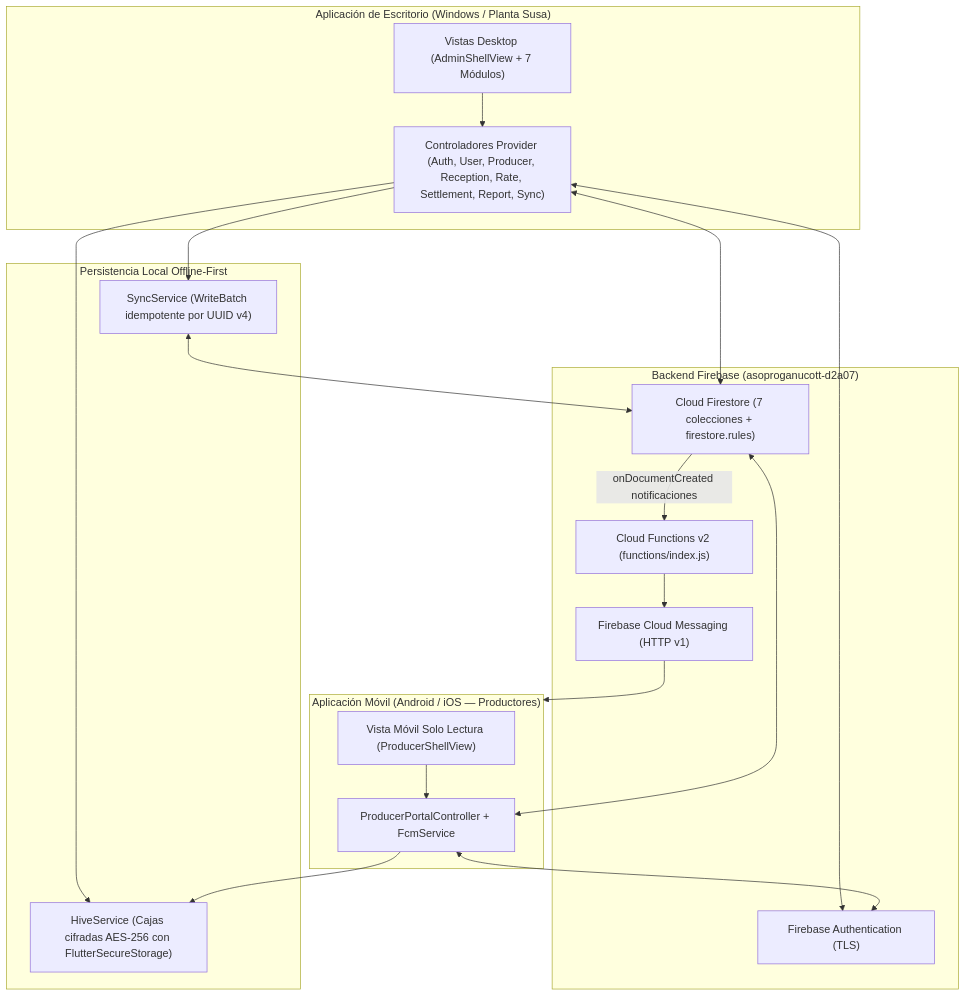
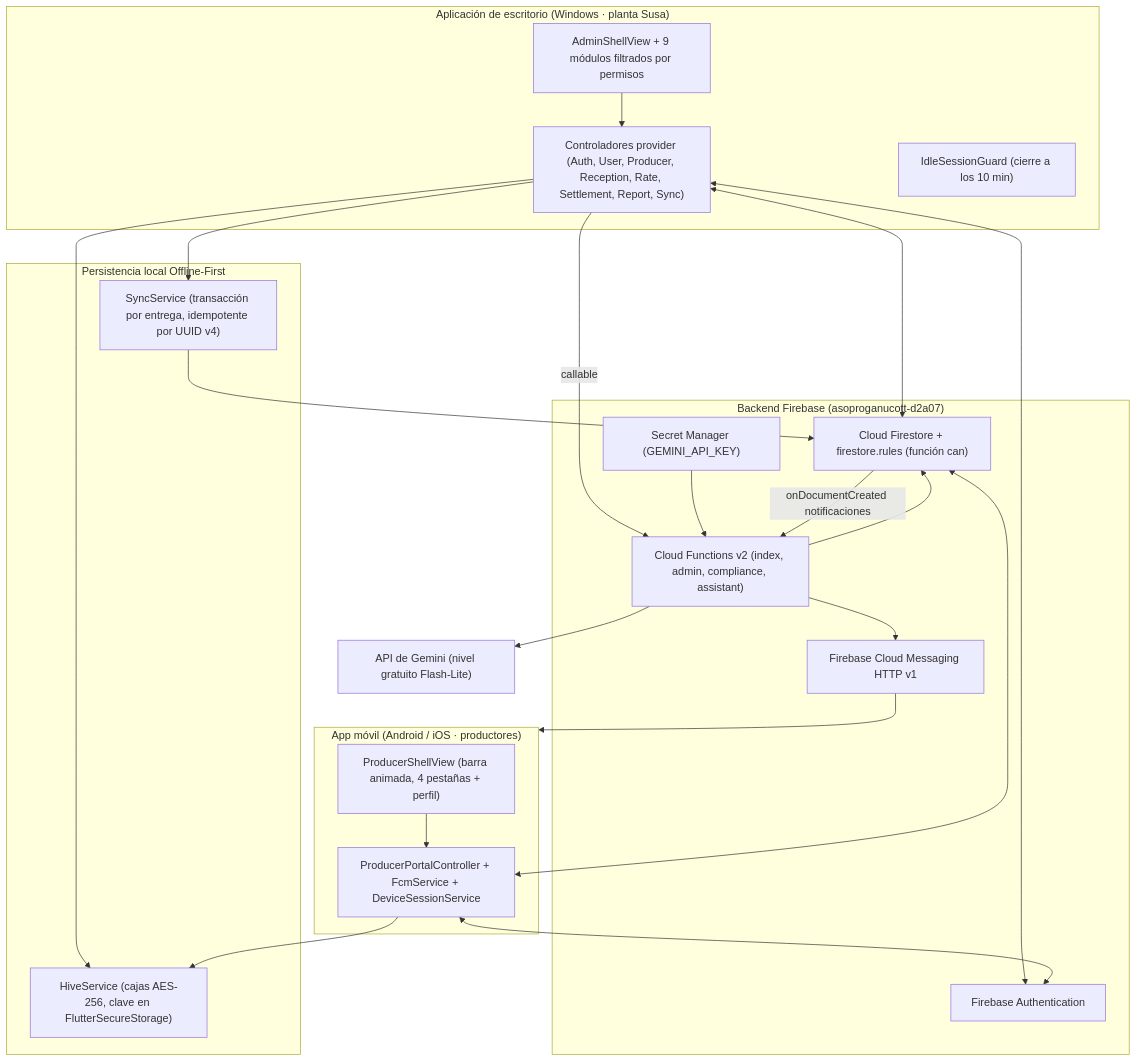
Before and after one commit to julian20murcia/PGC_ASOPROGANUCOT: the diagram in docs/MANUAL_TECNICO.md, drawn with Mermaid. The commit also changed other lines of this file and 164 other files, not shown here.

Commit message:
Rediseño integral de escritorio y móvil sobre main: permisos, asistente IA, predicciones y seguridad de sesión

````diff
--- a/docs/MANUAL_TECNICO.md
+++ b/docs/MANUAL_TECNICO.md
@@ -11,34 +11,40 @@
 ```mermaid
 flowchart TB
-  subgraph DESKTOP["Aplicación de Escritorio (Windows / Planta Susa)"]
-    DVIEW["Vistas Desktop (AdminShellView + 7 Módulos)"]
-    DCTRL["Controladores Provider (Auth, User, Producer, Reception, Rate, Settlement, Report, Sync)"]
+  subgraph DESKTOP["Aplicación de escritorio (Windows · planta Susa)"]
+    DVIEW["AdminShellView + 9 módulos filtrados por permisos"]
+    DCTRL["Controladores provider (Auth, User, Producer, Reception, Rate, Settlement, Report, Sync)"]
+    IDLE["IdleSessionGuard (cierre a los 10 min)"]
   end
 
-  subgraph MOBILE["Aplicación Móvil (Android / iOS — Productores)"]
-    MVIEW["Vista Móvil Solo Lectura (ProducerShellView)"]
-    MCTRL["ProducerPortalController + FcmService"]
+  subgraph MOBILE["App móvil (Android / iOS · productores)"]
+    MVIEW["ProducerShellView (barra animada, 4 pestañas + perfil)"]
+    MCTRL["ProducerPortalController + FcmService + DeviceSessionService"]
   end
 
-  subgraph LOCAL["Persistencia Local Offline-First"]
-    HIVE["HiveService (Cajas cifradas AES-256 con FlutterSecureStorage)"]
-    SYNC["SyncService (WriteBatch idempotente por UUID v4)"]
+  subgraph LOCAL["Persistencia local Offline-First"]
+    HIVE["HiveService (cajas AES-256, clave en FlutterSecureStorage)"]
+    SYNC["SyncService (transacción por entrega, idempotente por UUID v4)"]
   end
 
   subgraph CLOUD["Backend Firebase (asoproganucott-d2a07)"]
-    AUTH["Firebase Authentication (TLS)"]
-    FS["Cloud Firestore (7 colecciones + firestore.rules)"]
-    CF["Cloud Functions v2 (functions/index.js)"]
-    FCM["Firebase Cloud Messaging (HTTP v1)"]
+    AUTH["Firebase Authentication"]
+    FS["Cloud Firestore + firestore.rules (función can)"]
+    CF["Cloud Functions v2 (index, admin, compliance, assistant)"]
+    FCM["Firebase Cloud Messaging HTTP v1"]
+    SM["Secret Manager (GEMINI_API_KEY)"]
   end
 
-  DVIEW --> DCTRL --> SYNC
+  GEM["API de Gemini (nivel gratuito Flash-Lite)"]
+
+  DVIEW --> DCTRL --> SYNC --> FS
   DCTRL --> HIVE
   MVIEW --> MCTRL --> HIVE
-  SYNC <--> FS
   DCTRL <--> AUTH
   MCTRL <--> AUTH
   DCTRL <--> FS
   MCTRL <--> FS
+  DCTRL -->|callable| CF
+  CF --> FS
+  SM --> CF --> GEM
   FS -->|onDocumentCreated notificaciones| CF --> FCM --> MOBILE
 ```
````
